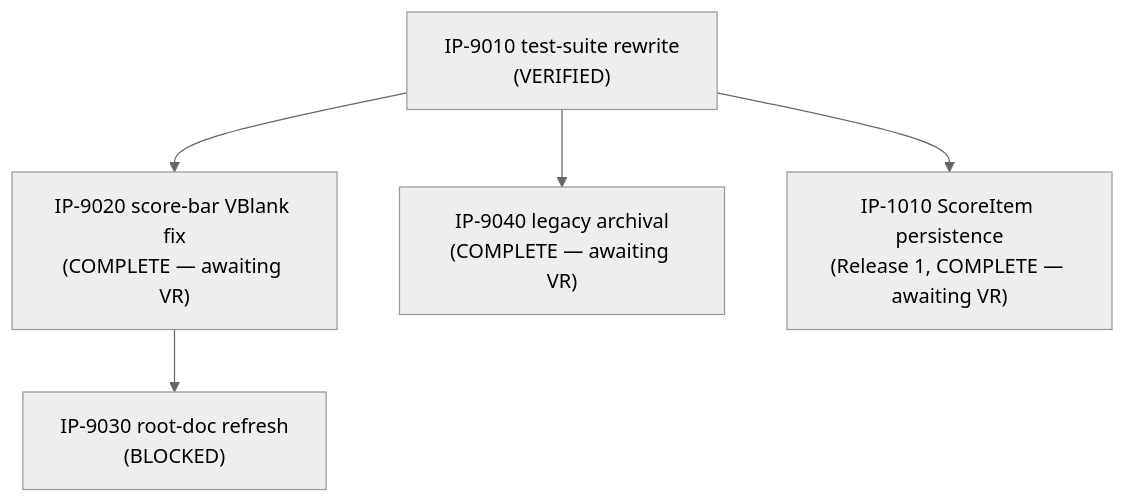
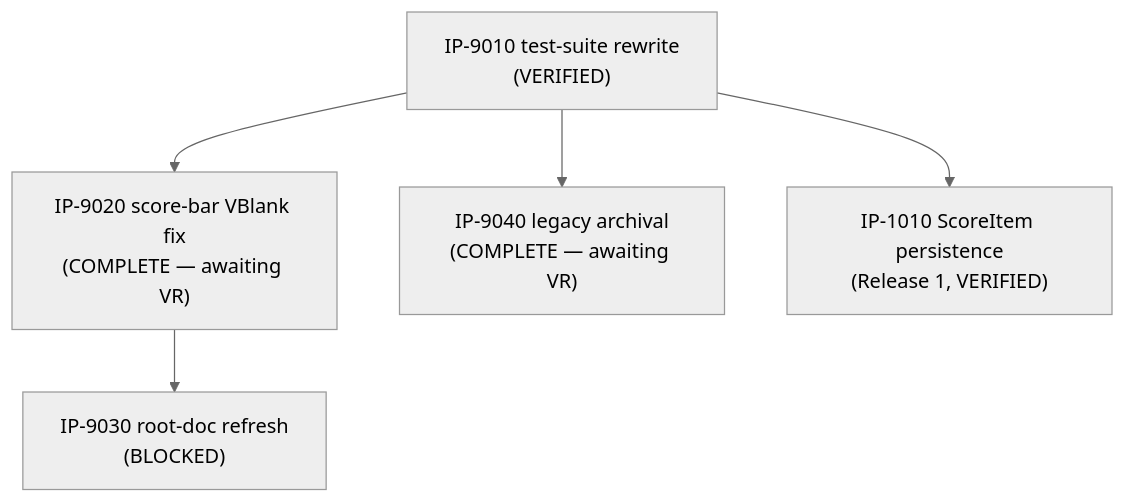
Before and after one commit to Zabin/RsGame: the diagram in docs/implementation/00-master-build-plan.md, drawn with Mermaid (neutral theme). The commit also changed other lines of this file and 3 other files, not shown here.

````diff
--- a/docs/implementation/00-master-build-plan.md
+++ b/docs/implementation/00-master-build-plan.md
@@ -26,12 +26,12 @@
 ```mermaid
 graph TD
     IP9010["IP-9010 test-suite rewrite<br/>(VERIFIED)"]
     IP9020["IP-9020 score-bar VBlank fix<br/>(COMPLETE — awaiting VR)"]
     IP9030["IP-9030 root-doc refresh<br/>(BLOCKED)"]
     IP9040["IP-9040 legacy archival<br/>(COMPLETE — awaiting VR)"]
-    IP1010["IP-1010 ScoreItem persistence<br/>(Release 1, COMPLETE — awaiting VR)"]
+    IP1010["IP-1010 ScoreItem persistence<br/>(Release 1, VERIFIED)"]
     IP9010 --> IP9020
     IP9010 --> IP9040
     IP9010 --> IP1010
     IP9020 --> IP9030
 ```
````
